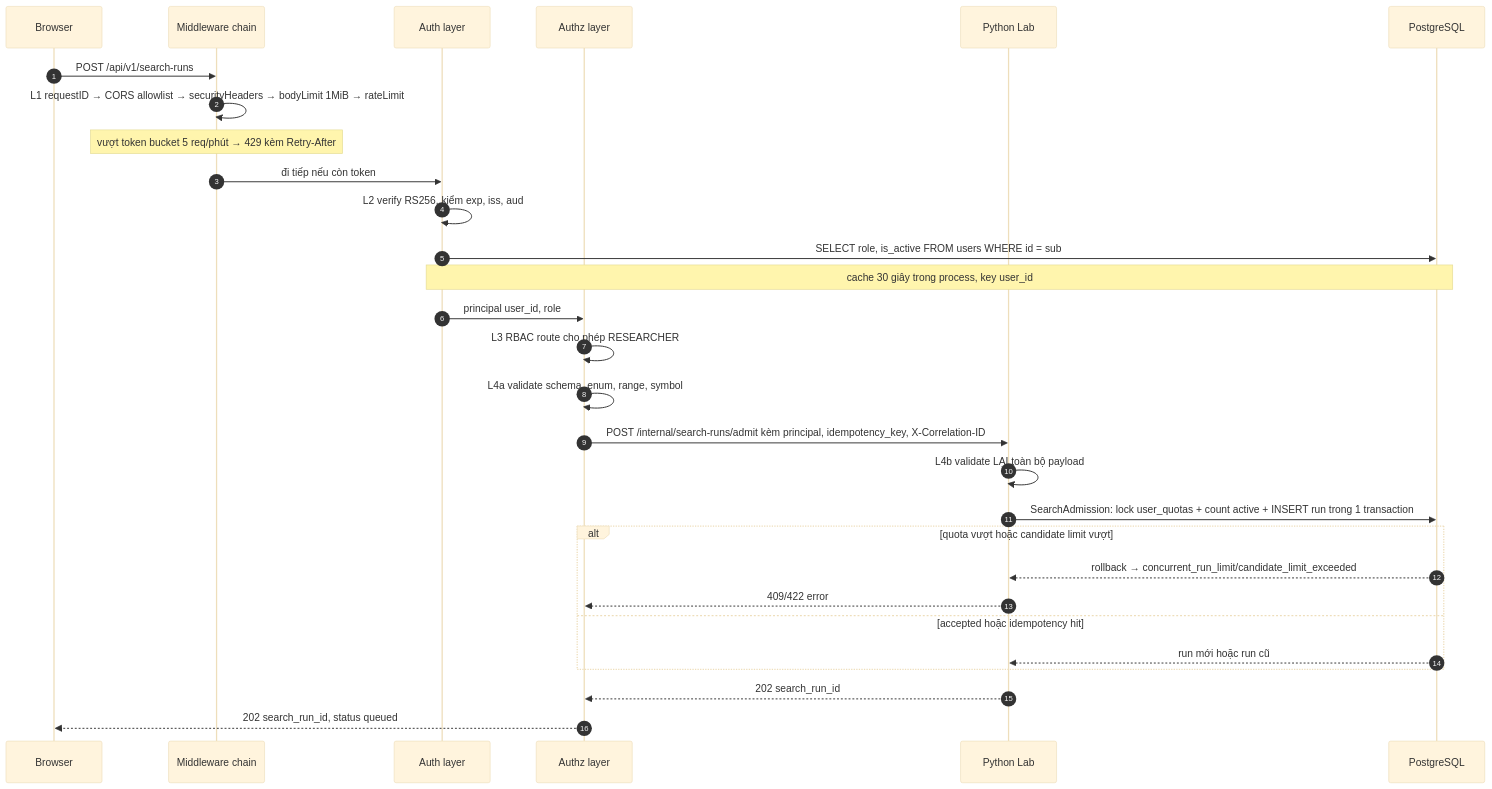
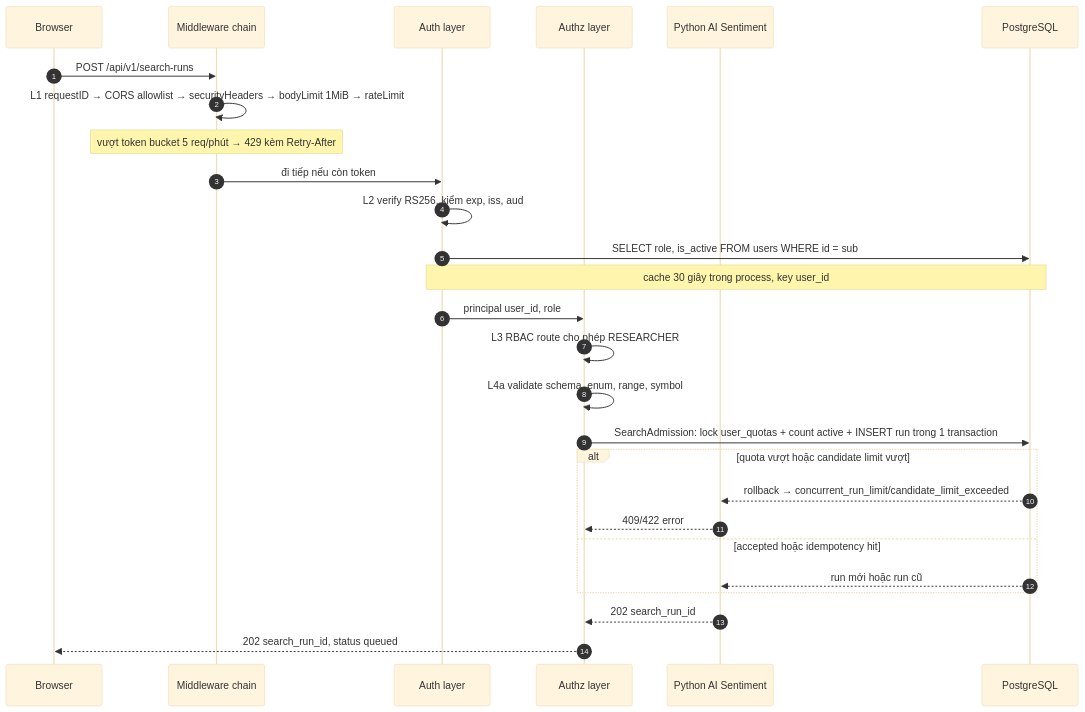
One commit to EnsoTech-Studio/CryptoBot changed the second of 3 diagrams in blueprint/specs/auth.md. Above: the diagram before and after it, drawn with Mermaid (base theme). The commit also changed other lines of this file and 69 other files, not shown here.

First line of the commit message:
docs(blueprint): reconcile Go architecture

````diff
--- a/blueprint/specs/auth.md
+++ b/blueprint/specs/auth.md
@@ -85,32 +83,30 @@
 ```mermaid
 sequenceDiagram
     autonumber
     participant B as Browser
     participant M as Middleware chain
     participant AU as Auth layer
     participant AZ as Authz layer
-    participant PY as Python Lab
+    participant PY as Python AI Sentiment
     participant DB as PostgreSQL
 
     B->>M: POST /api/v1/search-runs
     M->>M: L1 requestID → CORS allowlist → securityHeaders → bodyLimit 1MiB → rateLimit
     Note over M: vượt token bucket 5 req/phút → 429 kèm Retry-After
     M->>AU: đi tiếp nếu còn token
     AU->>AU: L2 verify RS256, kiểm exp, iss, aud
     AU->>DB: SELECT role, is_active FROM users WHERE id = sub
     Note over AU,DB: cache 30 giây trong process, key user_id
     AU->>AZ: principal user_id, role
     AZ->>AZ: L3 RBAC route cho phép RESEARCHER
     AZ->>AZ: L4a validate schema, enum, range, symbol
-    AZ->>PY: POST /internal/search-runs/admit kèm principal, idempotency_key, X-Correlation-ID
-    PY->>PY: L4b validate LẠI toàn bộ payload
-    PY->>DB: SearchAdmission: lock user_quotas + count active + INSERT run trong 1 transaction
+    AZ->>DB: SearchAdmission: lock user_quotas + count active + INSERT run trong 1 transaction
     alt quota vượt hoặc candidate limit vượt
         DB-->>PY: rollback → concurrent_run_limit/candidate_limit_exceeded
         PY-->>AZ: 409/422 error
     else accepted hoặc idempotency hit
         DB-->>PY: run mới hoặc run cũ
     end
     PY-->>AZ: 202 search_run_id
     AZ-->>B: 202 search_run_id, status queued
 ```
````
